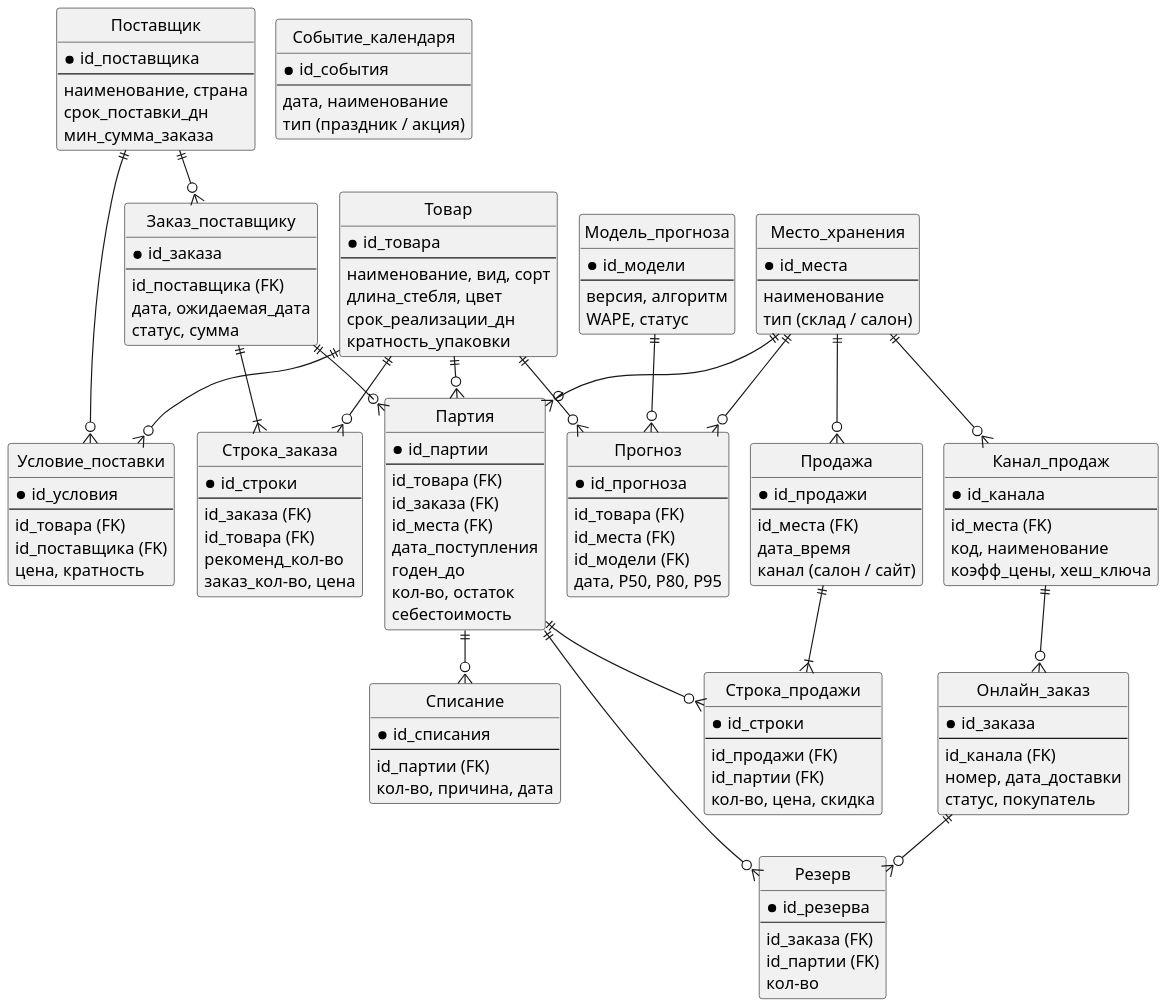
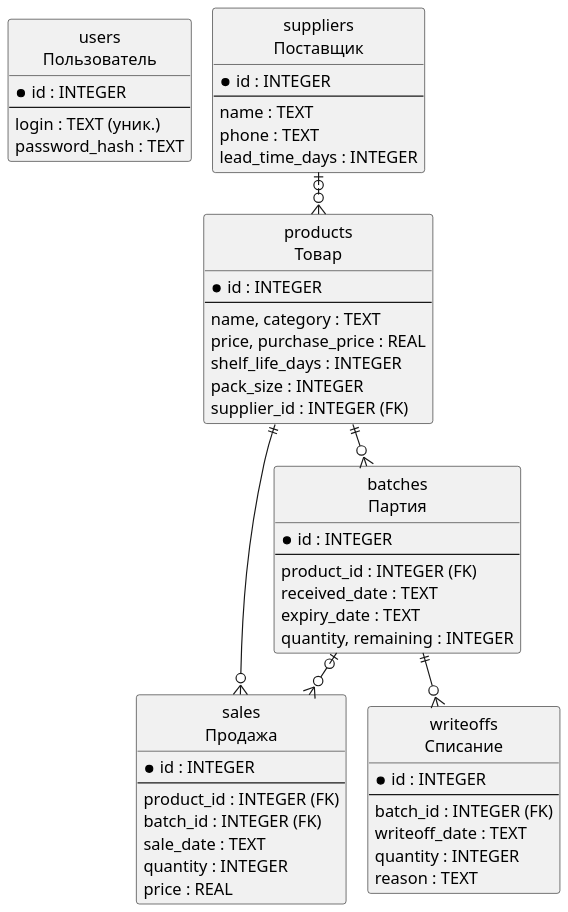
One commit to DarkSwordman999/flower-demand-planning changed the diagram in diagrams/pr4_er_model.puml. Above: the diagram before and after it, drawn with PlantUML. The commit also changed 10 other files, not shown here.

Commit message:
ПР 3 и ПР 4 под базовую редакцию: один салон, архитектура и ER по app/schema.sql, формулы редактором формул

```diff
--- a/diagrams/pr4_er_model.puml
+++ b/diagrams/pr4_er_model.puml
@@ -1,143 +1,61 @@
 @startuml
 !pragma layout smetana
 skinparam dpi 150
 skinparam defaultFontName Arial
 skinparam shadowing false
 skinparam monochrome true
 hide circle
 skinparam linetype ortho
-entity "Товар" as tv {
- * id_товара
+entity "users\nПользователь" as us {
+ * id : INTEGER
  --
- наименование, вид, сорт
- длина_стебля, цвет
- срок_реализации_дн
- кратность_упаковки
+ login : TEXT (уник.)
+ password_hash : TEXT
 }
-entity "Поставщик" as ps {
- * id_поставщика
+entity "suppliers\nПоставщик" as sp {
+ * id : INTEGER
  --
- наименование, страна
- срок_поставки_дн
- мин_сумма_заказа
+ name : TEXT
+ phone : TEXT
+ lead_time_days : INTEGER
 }
-entity "Условие_поставки" as up {
- * id_условия
+entity "products\nТовар" as pr {
+ * id : INTEGER
  --
- id_товара (FK)
- id_поставщика (FK)
- цена, кратность
+ name, category : TEXT
+ price, purchase_price : REAL
+ shelf_life_days : INTEGER
+ pack_size : INTEGER
+ supplier_id : INTEGER (FK)
 }
-entity "Заказ_поставщику" as zp {
- * id_заказа
+entity "batches\nПартия" as bt {
+ * id : INTEGER
  --
- id_поставщика (FK)
- дата, ожидаемая_дата
- статус, сумма
+ product_id : INTEGER (FK)
+ received_date : TEXT
+ expiry_date : TEXT
+ quantity, remaining : INTEGER
 }
-entity "Строка_заказа" as sz {
- * id_строки
+entity "sales\nПродажа" as sl {
+ * id : INTEGER
  --
- id_заказа (FK)
- id_товара (FK)
- рекоменд_кол-во
- заказ_кол-во, цена
+ product_id : INTEGER (FK)
+ batch_id : INTEGER (FK)
+ sale_date : TEXT
+ quantity : INTEGER
+ price : REAL
 }
-entity "Место_хранения" as mh {
- * id_места
+entity "writeoffs\nСписание" as wo {
+ * id : INTEGER
  --
- наименование
- тип (склад / салон)
+ batch_id : INTEGER (FK)
+ writeoff_date : TEXT
+ quantity : INTEGER
+ reason : TEXT
 }
-entity "Партия" as pt {
- * id_партии
- --
- id_товара (FK)
- id_заказа (FK)
- id_места (FK)
- дата_поступления
- годен_до
- кол-во, остаток
- себестоимость
-}
-entity "Продажа" as pr {
- * id_продажи
- --
- id_места (FK)
- дата_время
- канал (салон / сайт)
-}
-entity "Строка_продажи" as sp {
- * id_строки
- --
- id_продажи (FK)
- id_партии (FK)
- кол-во, цена, скидка
-}
-entity "Списание" as sl {
- * id_списания
- --
- id_партии (FK)
- кол-во, причина, дата
-}
-entity "Прогноз" as fc {
- * id_прогноза
- --
- id_товара (FK)
- id_места (FK)
- id_модели (FK)
- дата, P50, P80, P95
-}
-entity "Модель_прогноза" as md {
- * id_модели
- --
- версия, алгоритм
- WAPE, статус
-}
-entity "Событие_календаря" as ev {
- * id_события
- --
- дата, наименование
- тип (праздник / акция)
-}
-entity "Канал_продаж" as ch {
- * id_канала
- --
- id_места (FK)
- код, наименование
- коэфф_цены, хеш_ключа
-}
-entity "Онлайн_заказ" as oz {
- * id_заказа
- --
- id_канала (FK)
- номер, дата_доставки
- статус, покупатель
-}
-entity "Резерв" as rz {
- * id_резерва
- --
- id_заказа (FK)
- id_партии (FK)
- кол-во
-}
-ps ||--o{ up
-tv ||--o{ up
-ps ||--o{ zp
-zp ||--|{ sz
-tv ||--o{ sz
-tv ||--o{ pt
-zp ||--o{ pt
-mh ||--o{ pt
-mh ||--o{ pr
-pr ||--|{ sp
-pt ||--o{ sp
-pt ||--o{ sl
-tv ||--o{ fc
-mh ||--o{ fc
-md ||--o{ fc
-mh ||--o{ ch
-ch ||--o{ oz
-oz ||--o{ rz
-pt ||--o{ rz
+sp |o--o{ pr
+pr ||--o{ bt
+pr ||--o{ sl
+bt |o--o{ sl
+bt ||--o{ wo
 @enduml
```
